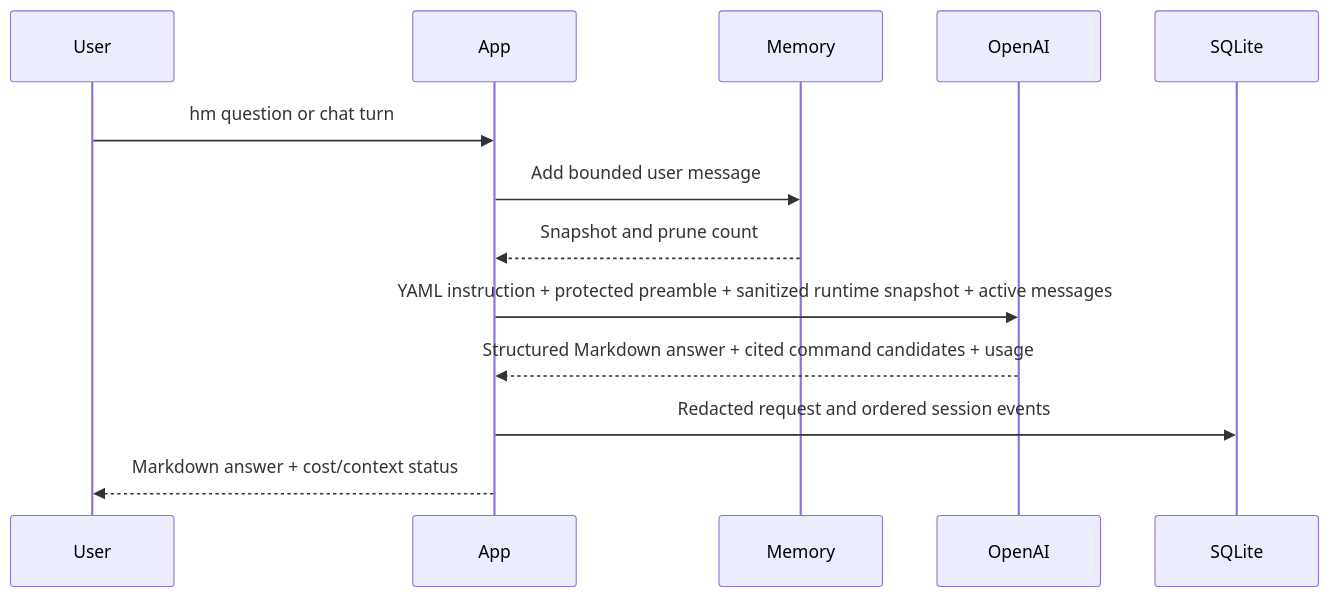
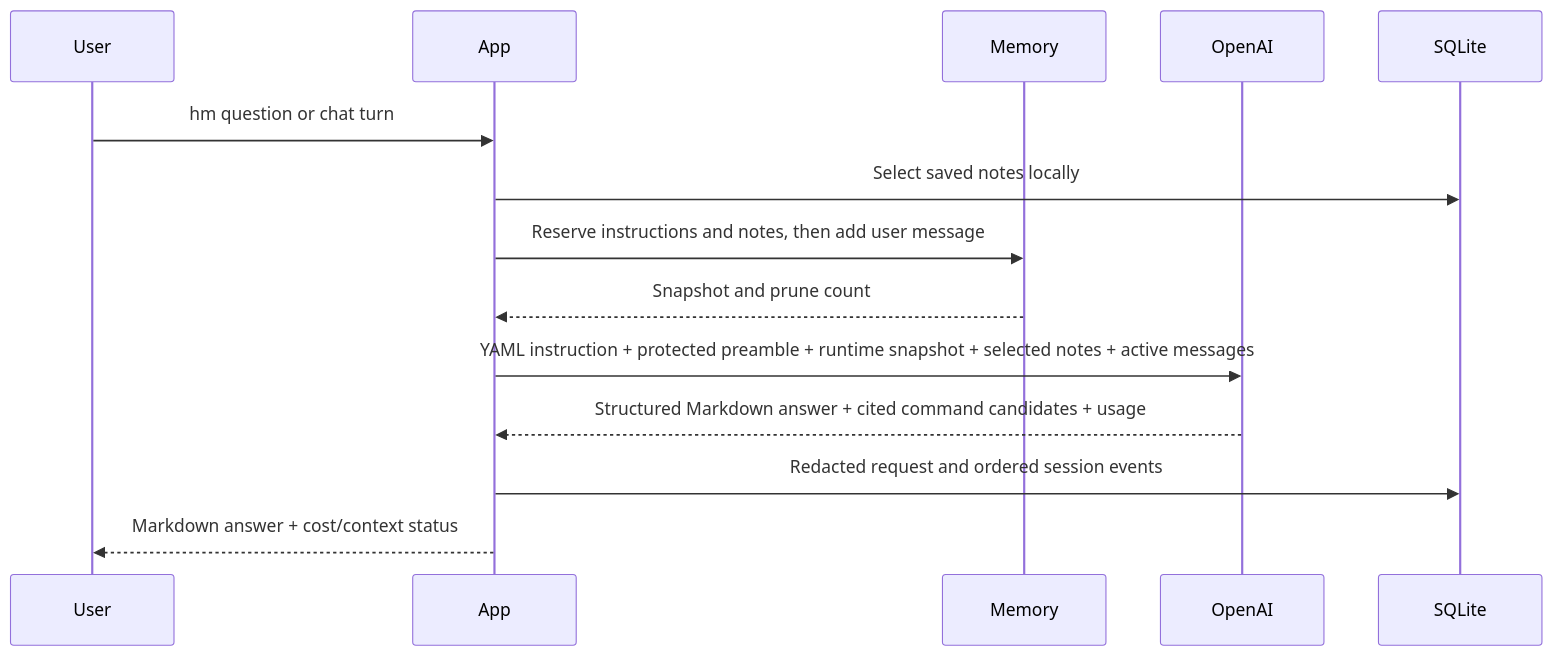
One commit to umbertotechnopreneur/PromptMeUp changed the second of 2 diagrams in docs/ARCHITECTURE.md. Above: the diagram before and after it, drawn with Mermaid. The commit also changed other lines of this file and 10 other files, not shown here.

````diff
--- a/docs/ARCHITECTURE.md
+++ b/docs/ARCHITECTURE.md
@@ -35,16 +37,17 @@
 ```mermaid
 sequenceDiagram
     participant User
     participant App
     participant Memory
     participant OpenAI
     participant SQLite
 
     User->>App: hm question or chat turn
-    App->>Memory: Add bounded user message
+    App->>SQLite: Select saved notes locally
+    App->>Memory: Reserve instructions and notes, then add user message
     Memory-->>App: Snapshot and prune count
-    App->>OpenAI: YAML instruction + protected preamble + sanitized runtime snapshot + active messages
+    App->>OpenAI: YAML instruction + protected preamble + runtime snapshot + selected notes + active messages
     OpenAI-->>App: Structured Markdown answer + cited command candidates + usage
     App->>SQLite: Redacted request and ordered session events
     App-->>User: Markdown answer + cost/context status
 ```
````
